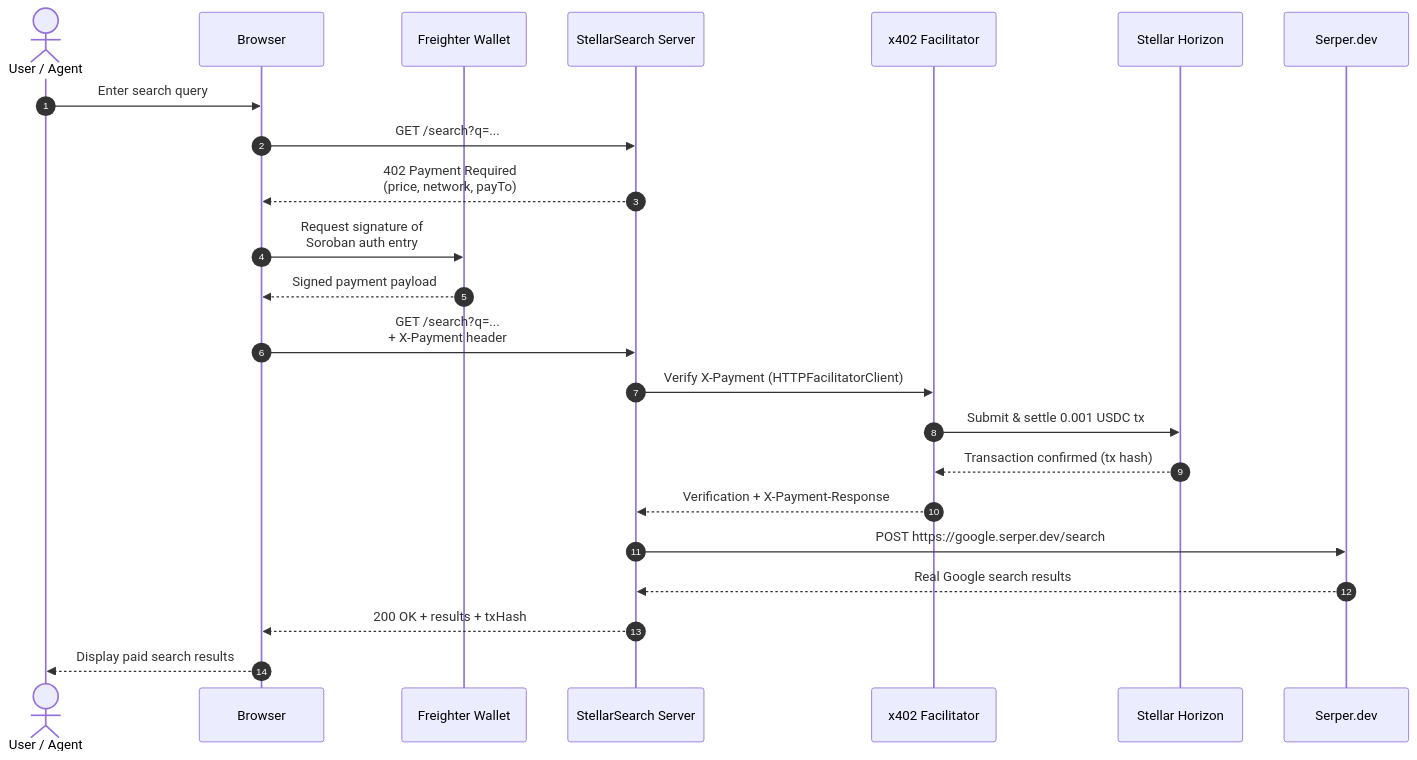
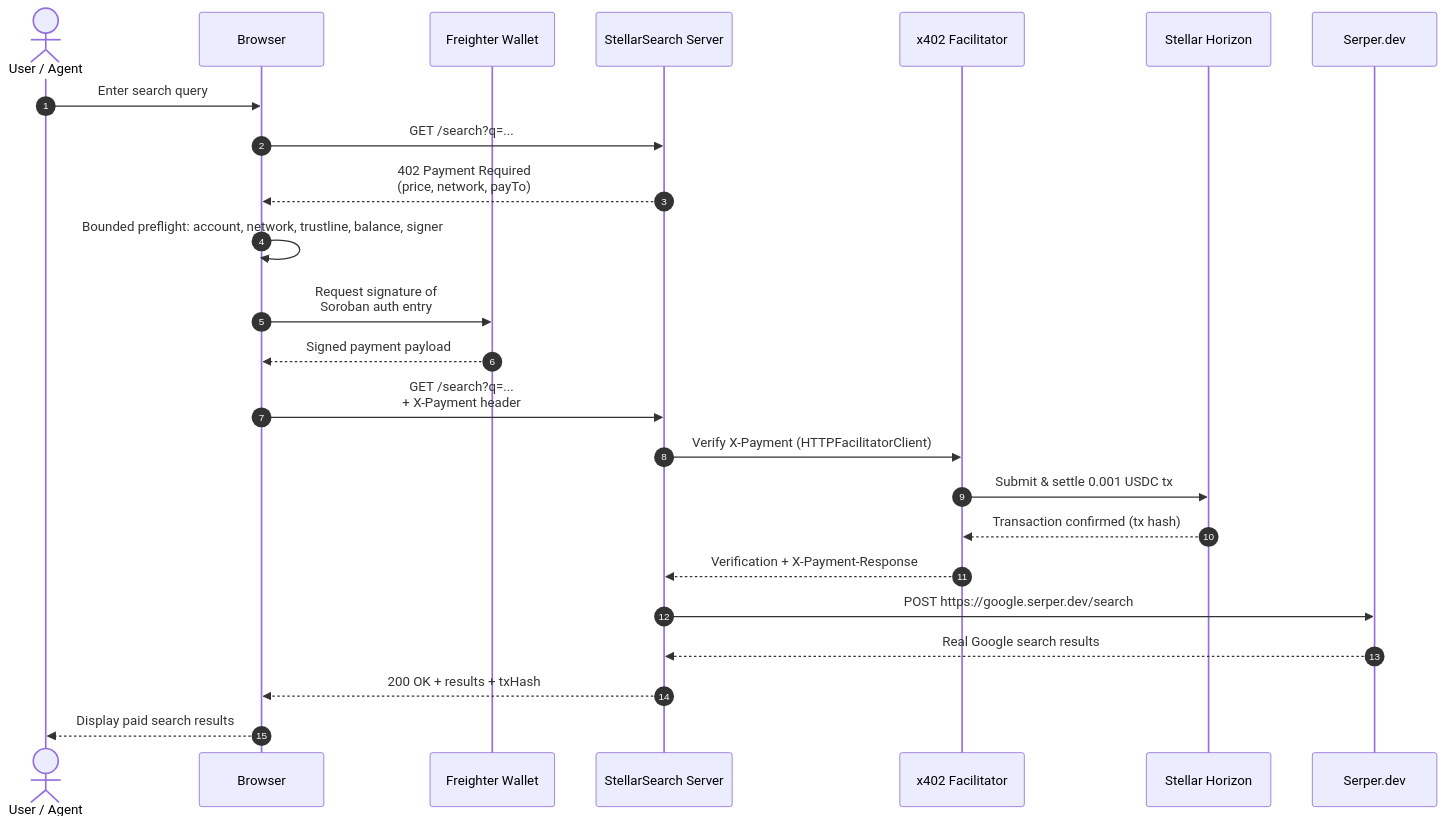
Before and after one commit to Emmy123222/Stellar-Search: the diagram in README.md, drawn with Mermaid. The commit also changed other lines of this file, not shown here.

````diff
--- a/README.md
+++ b/README.md
@@ -134,26 +134,27 @@
 ```mermaid
 sequenceDiagram
     autonumber
     actor User as User / Agent
     participant Browser as Browser
     participant Freighter as Freighter Wallet
     participant Server as StellarSearch Server
     participant Facilitator as x402 Facilitator
     participant Horizon as Stellar Horizon
     participant Serper as Serper.dev
 
     User->>Browser: Enter search query
     Browser->>Server: GET /search?q=...
     Server-->>Browser: 402 Payment Required<br/>(price, network, payTo)
+    Browser->>Browser: Bounded preflight: account, network, trustline, balance, signer
     Browser->>Freighter: Request signature of<br/>Soroban auth entry
     Freighter-->>Browser: Signed payment payload
     Browser->>Server: GET /search?q=...<br/>+ X-Payment header
     Server->>Facilitator: Verify X-Payment (HTTPFacilitatorClient)
     Facilitator->>Horizon: Submit & settle 0.001 USDC tx
     Horizon-->>Facilitator: Transaction confirmed (tx hash)
     Facilitator-->>Server: Verification + X-Payment-Response
     Server->>Serper: POST https://google.serper.dev/search
     Serper-->>Server: Real Google search results
     Server-->>Browser: 200 OK + results + txHash
     Browser-->>User: Display paid search results
 ```
````
